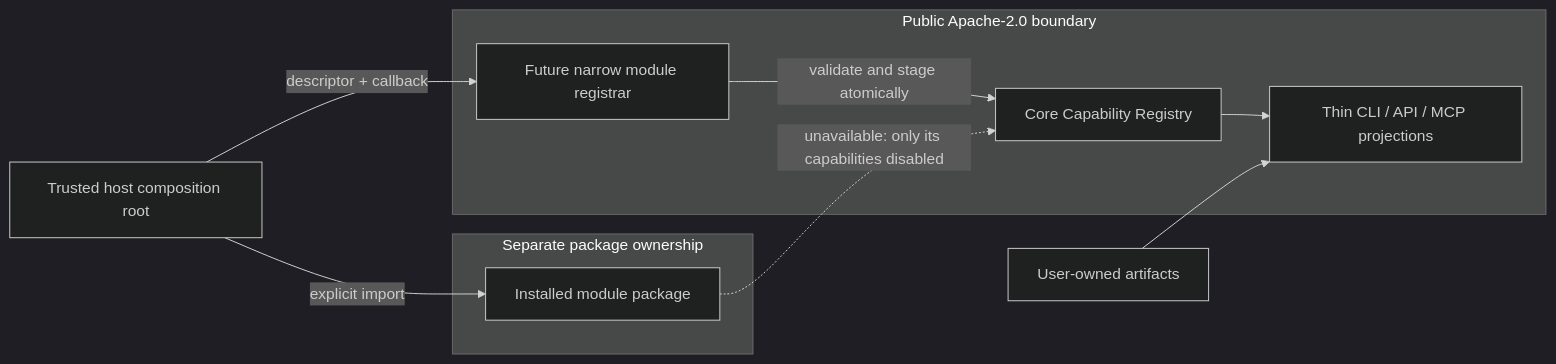
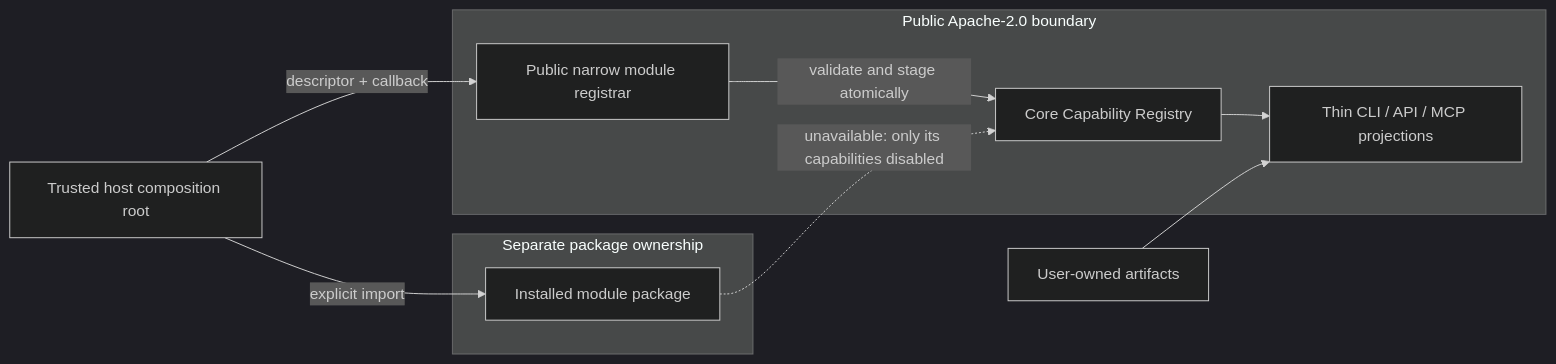
One commit to gzeuner/zeus-rpg-promptkit changed the diagram in docs/architecture/adr-006-commercial-extension-architecture.md. Above: the diagram before and after it, drawn with Mermaid (dark theme). The commit also changed other lines of this file and 11 other files, not shown here.

````diff
--- a/docs/architecture/adr-006-commercial-extension-architecture.md
+++ b/docs/architecture/adr-006-commercial-extension-architecture.md
@@ -147,20 +158,20 @@
 ```mermaid
 flowchart LR
     H[Trusted host composition root] -->|explicit import| P[Installed module package]
-    H -->|descriptor + callback| R[Future narrow module registrar]
+    H -->|descriptor + callback| R[Public narrow module registrar]
     R -->|validate and stage atomically| C[Core Capability Registry]
     C --> A[Thin CLI / API / MCP projections]
 
     subgraph Public Apache-2.0 boundary
         R
         C
         A
     end
 
     subgraph Separate package ownership
         P
     end
 
     U[User-owned artifacts] --> A
     P -.->|unavailable: only its capabilities disabled| C
 ```
````
